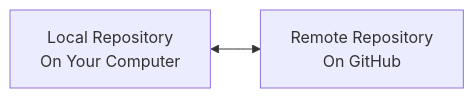
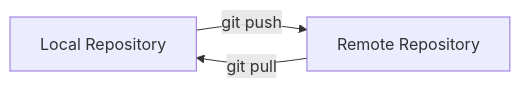
The diagram in lessons/02-github/A-intro-to-github.md (ShafayetSadi/ms-git-and-github), drawn with Mermaid before and after one commit. The commit also changed other lines of this file, not shown here.

````diff
--- a/lessons/02-github/A-intro-to-github.md
+++ b/lessons/02-github/A-intro-to-github.md
@@ -102,7 +104,9 @@
 ```mermaid
 flowchart LR
-    LOCAL[Local Repository<br>On Your Computer]
-    REMOTE[Remote Repository<br>On GitHub]
+    LOCAL[Local Repository]
+    REMOTE[Remote Repository]
 
-    LOCAL <--> REMOTE
+    LOCAL -- git push --> REMOTE
+    REMOTE -- git pull --> LOCAL
+
 ```
````
